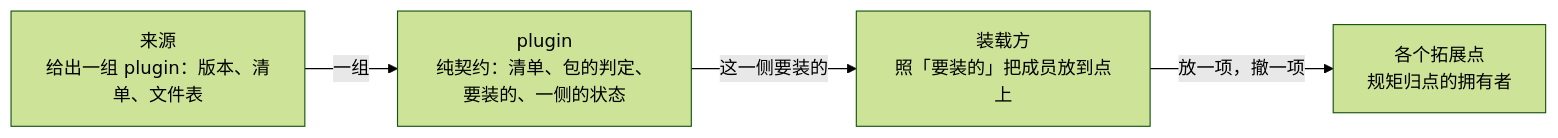
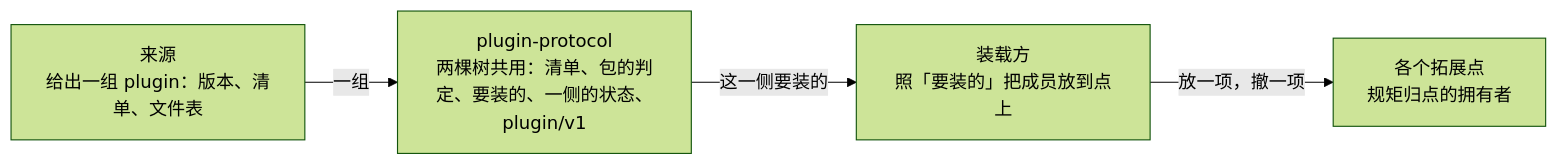
Before and after one commit to nemori-ai/omne-harness-lite: the diagram in packages/plugin/SPEC.md, drawn with Mermaid (forest theme). The commit also changed other lines of this file and 50 other files, not shown here.

First line of the commit message:
feat(plugin,shell-contract,desktop): 客户端的装载器：运行中把一份 plugin 的数据成员装上、换代、卸下（#1510）

````diff
--- a/packages/plugin/SPEC.md
+++ b/packages/plugin/SPEC.md
@@ -7,11 +7,11 @@
 ```mermaid
 flowchart LR
   source["来源<br/>给出一组 plugin：版本、清单、文件表"]
-  contract["plugin<br/>纯契约：清单、包的判定、要装的、一侧的状态"]
+  contract["plugin-protocol<br/>两棵树共用：清单、包的判定、要装的、一侧的状态、plugin/v1"]
   loader["装载方<br/>照「要装的」把成员放到点上"]
   points["各个拓展点<br/>规矩归点的拥有者"]
 
   source -->|"一组"| contract
   contract -->|"这一侧要装的"| loader
   loader -->|"放一项，撤一项"| points
 ```
````
